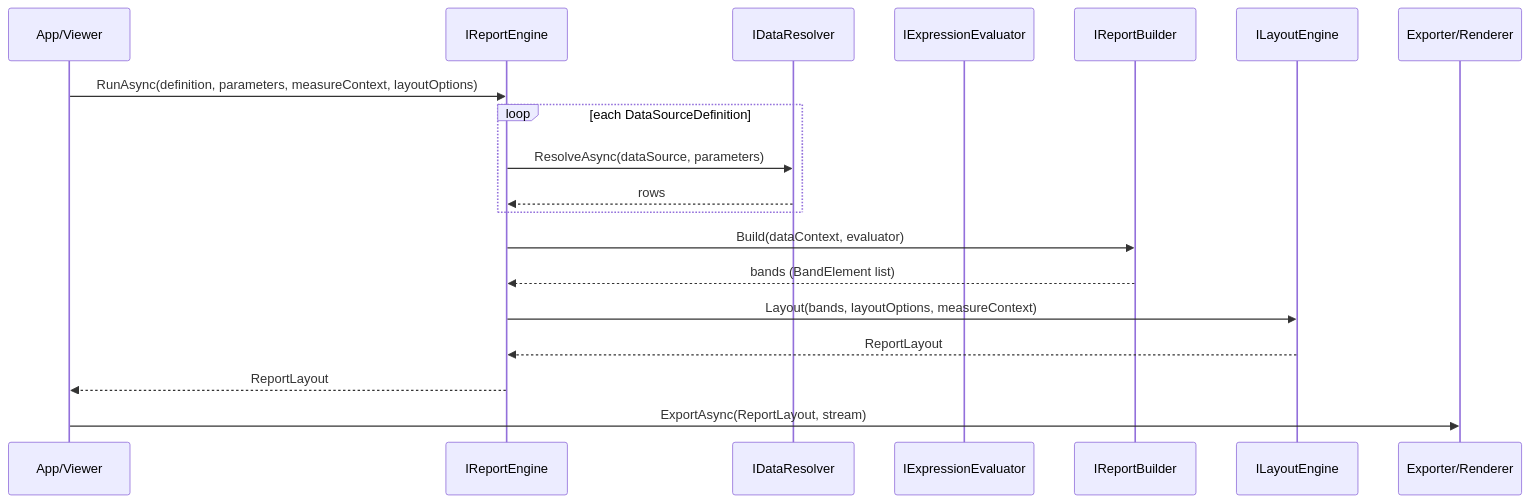
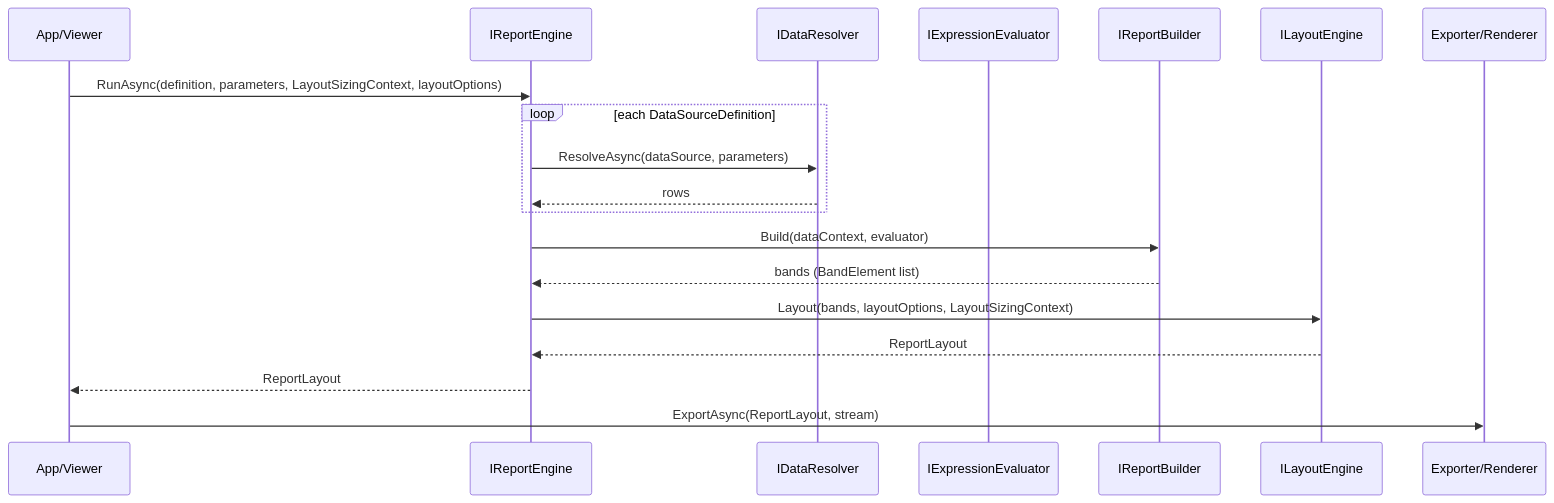
Before and after one commit to Netcodr81/kinetic-reports: the diagram in docs/02-report-generation-flow.md, drawn with Mermaid. The commit also changed other lines of this file and 36 other files, not shown here.

First line of the commit message:
Refactor layout measurement context and pipeline

````diff
--- a/docs/02-report-generation-flow.md
+++ b/docs/02-report-generation-flow.md
@@ -7,22 +7,22 @@
 ```mermaid
 sequenceDiagram
 	participant Caller as App/Viewer
 	participant Engine as IReportEngine
 	participant Resolver as IDataResolver
 	participant Eval as IExpressionEvaluator
 	participant Builder as IReportBuilder
 	participant Layout as ILayoutEngine
 	participant Export as Exporter/Renderer
 
-	Caller->>Engine: RunAsync(definition, parameters, measureContext, layoutOptions)
+	Caller->>Engine: RunAsync(definition, parameters, LayoutSizingContext, layoutOptions)
 	loop each DataSourceDefinition
 		Engine->>Resolver: ResolveAsync(dataSource, parameters)
 		Resolver-->>Engine: rows
 	end
 	Engine->>Builder: Build(dataContext, evaluator)
 	Builder-->>Engine: bands (BandElement list)
-	Engine->>Layout: Layout(bands, layoutOptions, measureContext)
+	Engine->>Layout: Layout(bands, layoutOptions, LayoutSizingContext)
 	Layout-->>Engine: ReportLayout
 	Engine-->>Caller: ReportLayout
 	Caller->>Export: ExportAsync(ReportLayout, stream)
 ```
````
